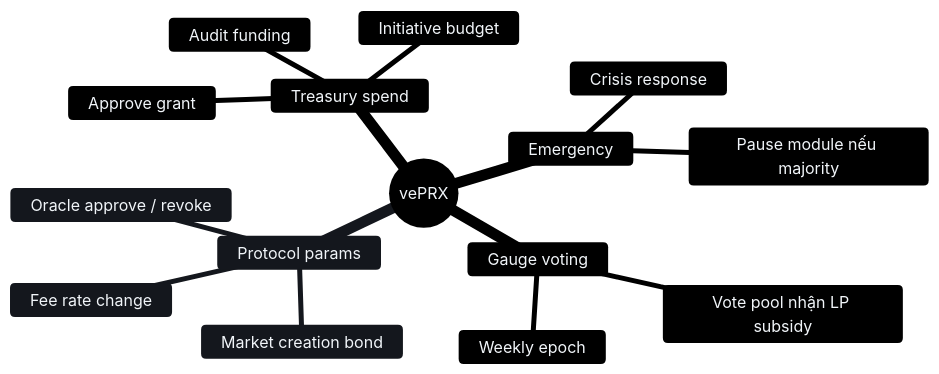
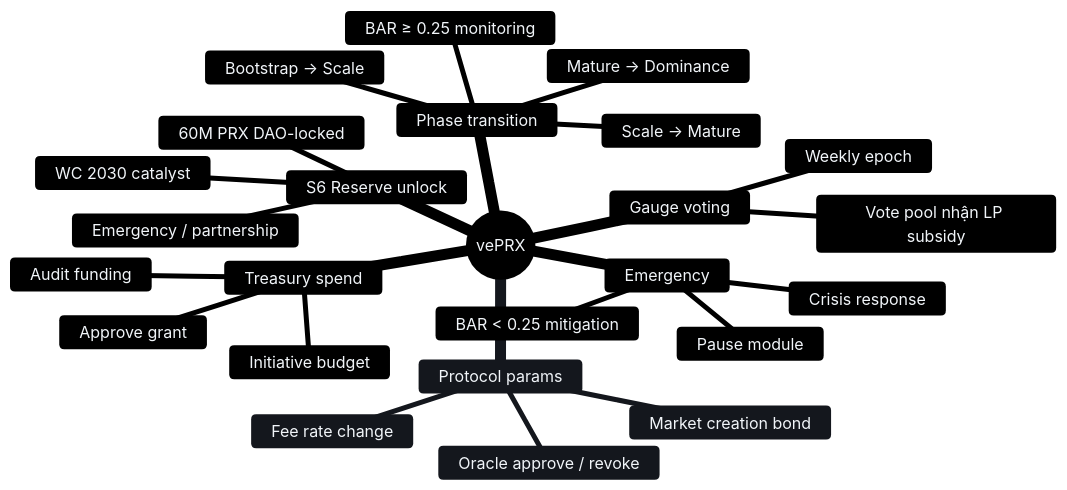
Before and after one commit to PrediX-Protocol/predix-docs: the first of 3 diagrams in vi_v6/kinh-te/veprx-gauge.md, drawn with Mermaid. The commit also changed other lines of this file and 11 other files, not shown here.

````diff
--- a/vi_v6/kinh-te/veprx-gauge.md
+++ b/vi_v6/kinh-te/veprx-gauge.md
@@ -35,19 +35,29 @@
 ```mermaid
 %%{init: {"theme":"base","themeVariables":{"primaryColor":"#1e293b","primaryTextColor":"#f1f5f9","primaryBorderColor":"#475569","lineColor":"#94a3b8","background":"transparent","mainBkg":"#334155","tertiaryColor":"#475569"}}}%%
 mindmap
   root((vePRX))
     Gauge voting
       Vote pool nhận LP subsidy
       Weekly epoch
     Protocol params
       Fee rate change
       Oracle approve / revoke
       Market creation bond
     Treasury spend
       Approve grant
       Audit funding
       Initiative budget
+    Phase transition
+      Bootstrap → Scale
+      Scale → Mature
+      Mature → Dominance
+      BAR ≥ 0.25 monitoring
+    S6 Reserve unlock
+      60M PRX DAO-locked
+      WC 2030 catalyst
+      Emergency / partnership
     Emergency
-      Pause module nếu majority
+      Pause module
       Crisis response
+      BAR < 0.25 mitigation
 ```
````
